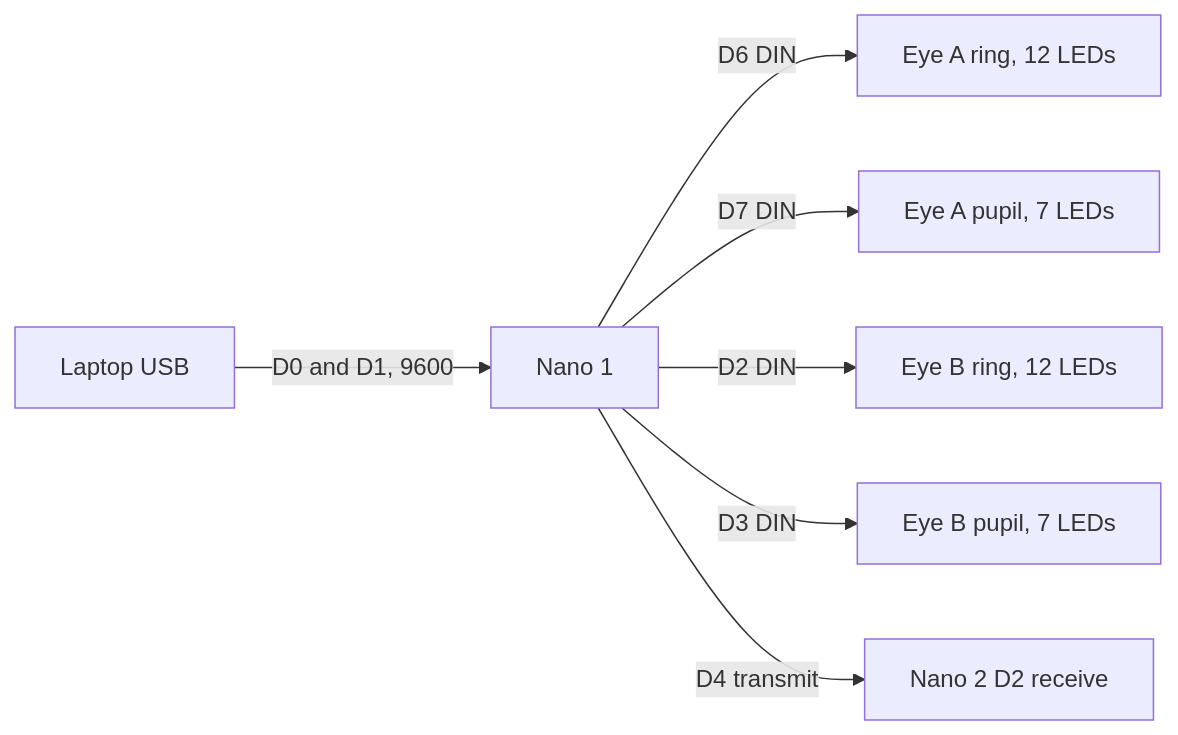
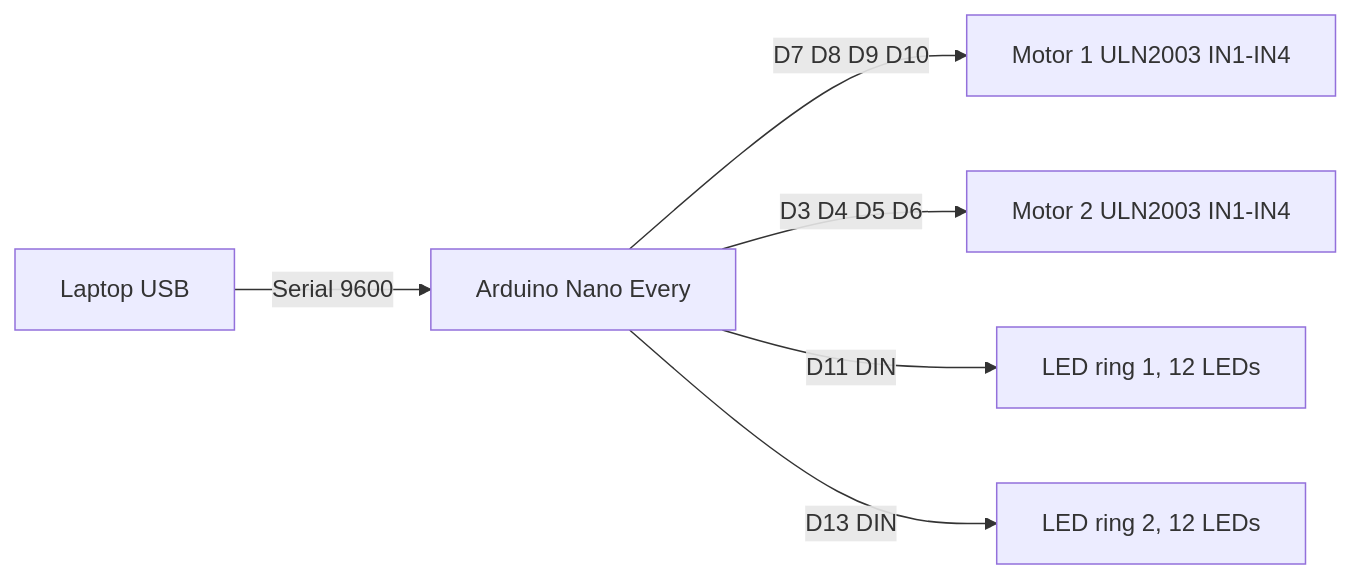
The third of 4 diagrams in README.md (JoycelynDing/CPS-Group21-Paul-the-Octopus), drawn with Mermaid before and after one commit. The commit also changed other lines of this file, not shown here.

````diff
--- a/README.md
+++ b/README.md
@@ -133,9 +118,8 @@
 ```mermaid
 flowchart LR
-  laptop[Laptop USB] -->|D0 and D1, 9600| nano1[Nano 1]
-  nano1 -->|D6 DIN| ringA[Eye A ring, 12 LEDs]
-  nano1 -->|D7 DIN| pupilA[Eye A pupil, 7 LEDs]
-  nano1 -->|D2 DIN| ringB[Eye B ring, 12 LEDs]
-  nano1 -->|D3 DIN| pupilB[Eye B pupil, 7 LEDs]
-  nano1 -->|D4 transmit| nano2rx[Nano 2 D2 receive]
+  laptop[Laptop USB] -->|Serial 9600| nano[Arduino Nano Every]
+  nano -->|D7 D8 D9 D10| motor1[Motor 1 ULN2003 IN1-IN4]
+  nano -->|D3 D4 D5 D6| motor2[Motor 2 ULN2003 IN1-IN4]
+  nano -->|D11 DIN| ring1[LED ring 1, 12 LEDs]
+  nano -->|D13 DIN| ring2[LED ring 2, 12 LEDs]
 ```
````
